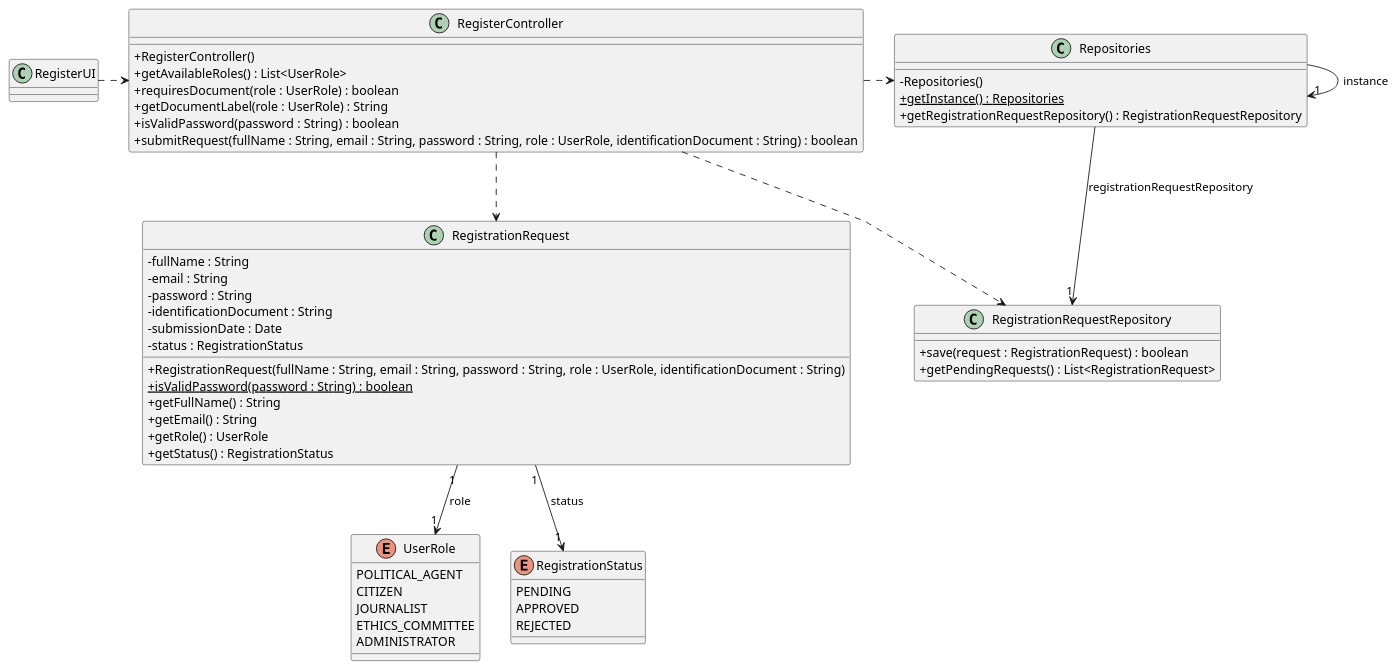
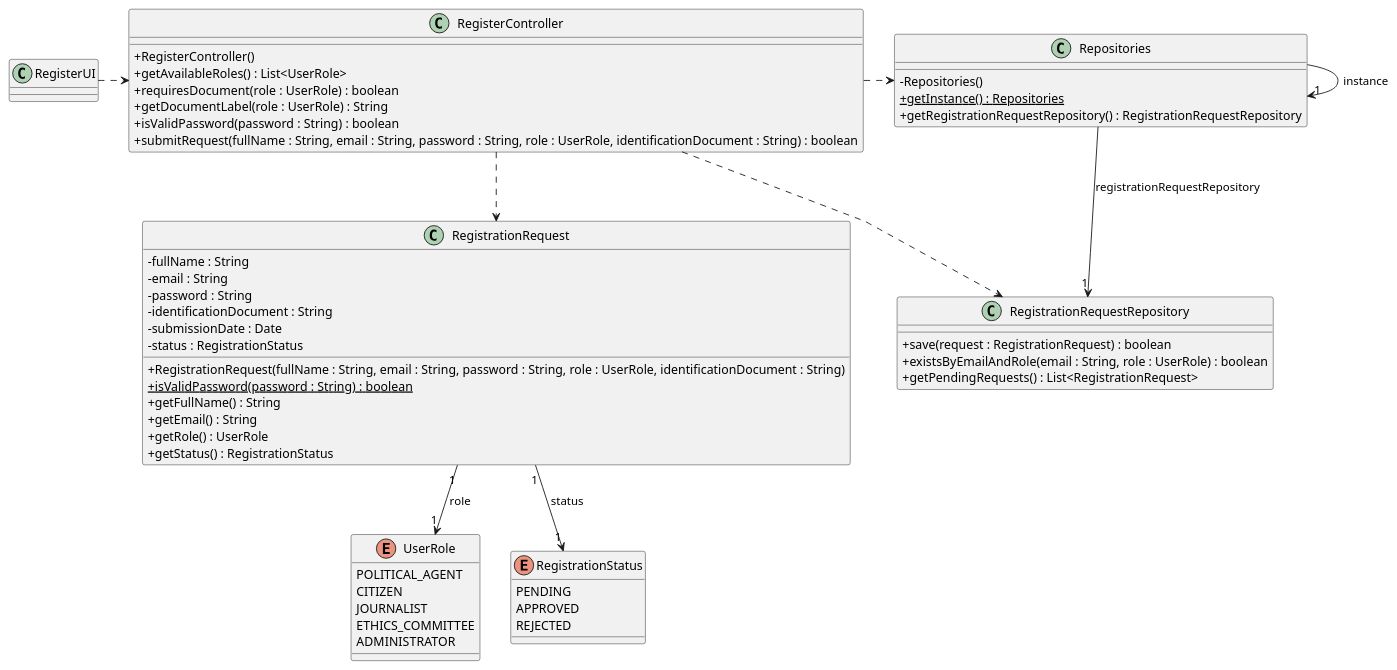
Before and after one commit to brunodspinto/crystal-clear-platform: the diagram in docs/system-documentation/US01/03.design/puml/US01-CD.puml, drawn with PlantUML. The commit also changed 10 other files, not shown here.

```diff
--- a/docs/system-documentation/US01/03.design/puml/US01-CD.puml
+++ b/docs/system-documentation/US01/03.design/puml/US01-CD.puml
@@ -1,68 +1,69 @@
 @startuml US01-CD
 skinparam packageStyle rectangle
 skinparam shadowing false
 skinparam linetype polyline
 skinparam classAttributeIconSize 0
 
 class RegisterUI {
 }
 
 class RegisterController {
     + RegisterController()
     + getAvailableRoles() : List<UserRole>
     + requiresDocument(role : UserRole) : boolean
     + getDocumentLabel(role : UserRole) : String
     + isValidPassword(password : String) : boolean
     + submitRequest(fullName : String, email : String, password : String, role : UserRole, identificationDocument : String) : boolean
 }
 
 class RegistrationRequest {
     - fullName : String
     - email : String
     - password : String
     - identificationDocument : String
     - submissionDate : Date
     - status : RegistrationStatus
     + RegistrationRequest(fullName : String, email : String, password : String, role : UserRole, identificationDocument : String)
     + {static} isValidPassword(password : String) : boolean
     + getFullName() : String
     + getEmail() : String
     + getRole() : UserRole
     + getStatus() : RegistrationStatus
 }
 
 class RegistrationRequestRepository {
     + save(request : RegistrationRequest) : boolean
+    + existsByEmailAndRole(email : String, role : UserRole) : boolean
     + getPendingRequests() : List<RegistrationRequest>
 }
 
 class Repositories {
     - Repositories()
     + {static} getInstance() : Repositories
     + getRegistrationRequestRepository() : RegistrationRequestRepository
 }
 
 enum UserRole {
     POLITICAL_AGENT
     CITIZEN
     JOURNALIST
     ETHICS_COMMITTEE
     ADMINISTRATOR
 }
 
 enum RegistrationStatus {
     PENDING
     APPROVED
     REJECTED
 }
 
 RegisterUI .> RegisterController
 RegisterController .> Repositories
 RegisterController ..> RegistrationRequestRepository
 RegisterController ..> RegistrationRequest
 Repositories -> "1" Repositories : instance
 Repositories --> "1" RegistrationRequestRepository : registrationRequestRepository
 RegistrationRequest "1" --> "1" UserRole : role
 RegistrationRequest "1" --> "1" RegistrationStatus : status
 
 @enduml
```
